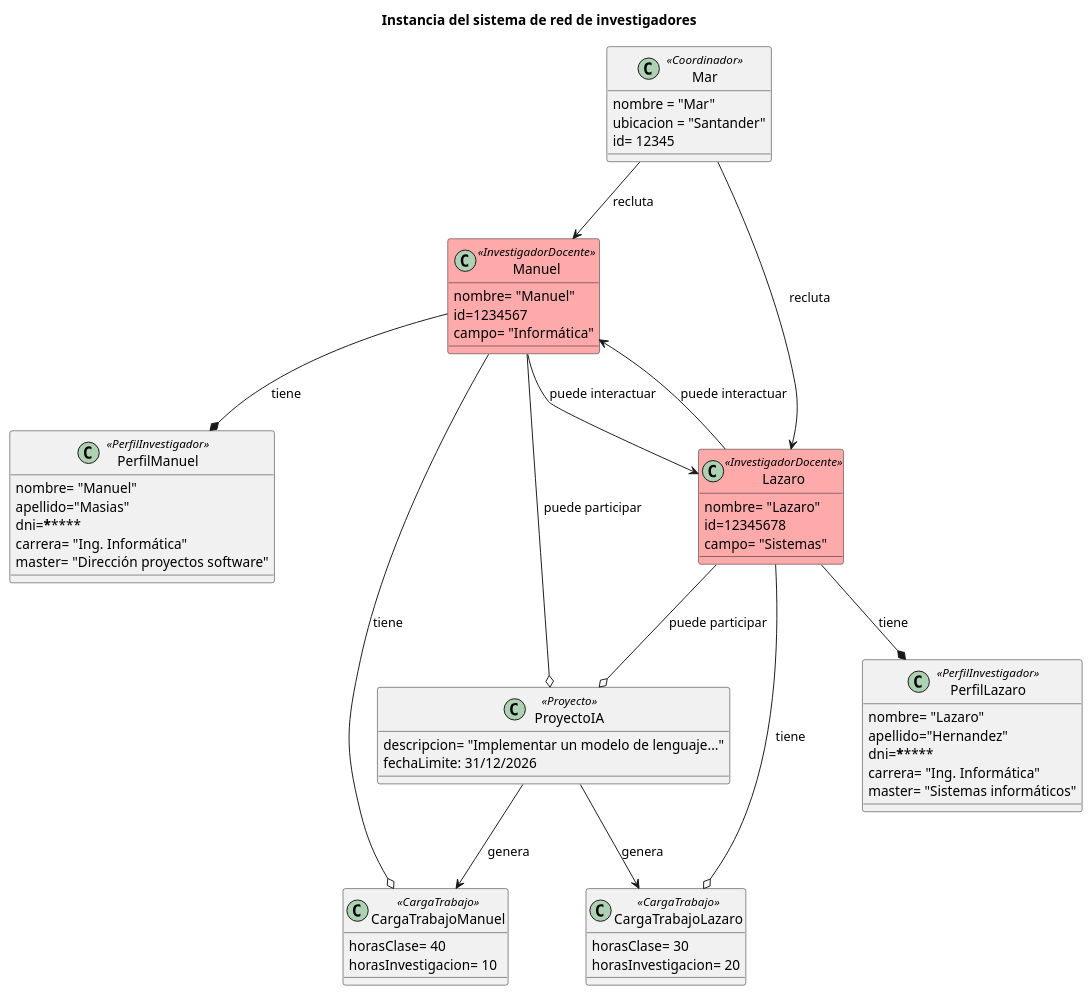
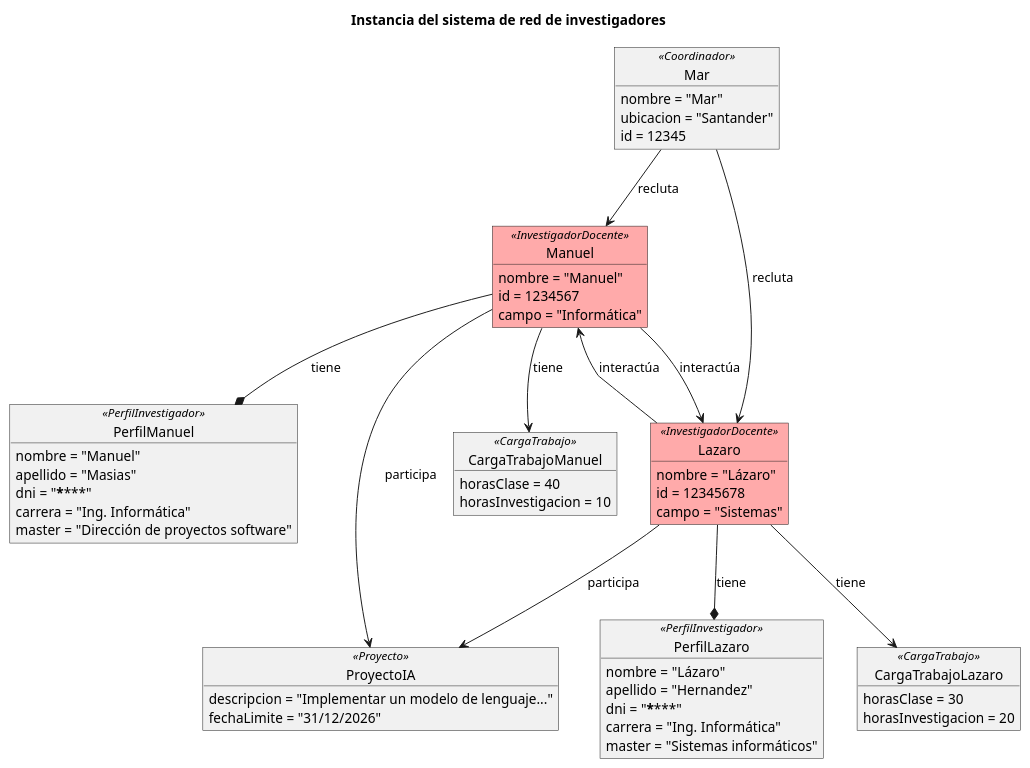
The diagram in documentación/ModeloDelDominio/Diagramas/Objetos/DiagramaObjetosInvestigador.puml (31Diego/25-26-IdSw1-SdR), drawn with PlantUML before and after one commit. The commit also changed 10 other files, not shown here.

Commit message:
corrección errores en las relaciones de los diagramas

```diff
--- a/documentación/ModeloDelDominio/Diagramas/Objetos/DiagramaObjetosInvestigador.puml
+++ b/documentación/ModeloDelDominio/Diagramas/Objetos/DiagramaObjetosInvestigador.puml
@@ -1,74 +1,71 @@
 @startuml
 
 title Instancia del sistema de red de investigadores
 
-
-class Mar <<Coordinador>>{
+object Mar <<Coordinador>> {
     nombre = "Mar"
     ubicacion = "Santander"
-    id= 12345
+    id = 12345
 }
 
-
-class Manuel <<InvestigadorDocente>> #FFAAAA{
-    nombre= "Manuel"
-    id=1234567
-    campo= "Informática"
+object Manuel <<InvestigadorDocente>> #FFAAAA {
+    nombre = "Manuel"
+    id = 1234567
+    campo = "Informática"
 }
 
-class PerfilManuel <<PerfilInvestigador>> {
-    nombre= "Manuel"
-    apellido="Masias"
-    dni=*********
-    carrera= "Ing. Informática"
-    master= "Dirección proyectos software"
+object PerfilManuel <<PerfilInvestigador>> {
+    nombre = "Manuel"
+    apellido = "Masias"
+    dni = "********"
+    carrera = "Ing. Informática"
+    master = "Dirección de proyectos software"
 }
 
-class CargaTrabajoManuel <<CargaTrabajo>>{
-    horasClase= 40
-    horasInvestigacion= 10
+object CargaTrabajoManuel <<CargaTrabajo>> {
+    horasClase = 40
+    horasInvestigacion = 10
 }
 
-
-class Lazaro <<InvestigadorDocente>> #FFAAAA{
-    nombre= "Lazaro"
-    id=12345678
-    campo= "Sistemas"
+object Lazaro <<InvestigadorDocente>> #FFAAAA {
+    nombre = "Lázaro"
+    id = 12345678
+    campo = "Sistemas"
 }
 
-class PerfilLazaro <<PerfilInvestigador>> {
-    nombre= "Lazaro"
-    apellido="Hernandez"
-    dni=*********
-    carrera= "Ing. Informática"
-    master= "Sistemas informáticos"
+object PerfilLazaro <<PerfilInvestigador>> {
+    nombre = "Lázaro"
+    apellido = "Hernandez"
+    dni = "********"
+    carrera = "Ing. Informática"
+    master = "Sistemas informáticos"
 }
 
-class CargaTrabajoLazaro <<CargaTrabajo>>{
-    horasClase= 30
-    horasInvestigacion= 20
+object CargaTrabajoLazaro <<CargaTrabajo>> {
+    horasClase = 30
+    horasInvestigacion = 20
 }
 
-class ProyectoIA <<Proyecto>> {
-
-    descripcion= "Implementar un modelo de lenguaje..."
-    fechaLimite: 31/12/2026
+object ProyectoIA <<Proyecto>> {
+    descripcion = "Implementar un modelo de lenguaje..."
+    fechaLimite = "31/12/2026"
 }
 
-Mar --> Manuel: recluta
-Mar --> Lazaro: recluta
+'--- Relaciones ---
 
+Mar --> Manuel : recluta
+Mar --> Lazaro : recluta
 
-Manuel --> Lazaro: puede interactuar
-Manuel --o ProyectoIA: puede participar
-ProyectoIA --> CargaTrabajoManuel: genera
-Manuel --* PerfilManuel: tiene
-Manuel --o CargaTrabajoManuel: tiene
+Manuel --> Lazaro : interactúa
+Lazaro --> Manuel : interactúa
 
-Lazaro --> Manuel: puede interactuar
-Lazaro --o ProyectoIA: puede participar
-Lazaro --o CargaTrabajoLazaro: tiene
-Lazaro --* PerfilLazaro: tiene
-ProyectoIA --> CargaTrabajoLazaro: genera
+Manuel --> ProyectoIA : participa
+Lazaro --> ProyectoIA : participa
+
+Manuel --* PerfilManuel : tiene
+Lazaro --* PerfilLazaro : tiene
+
+Manuel --> CargaTrabajoManuel : tiene
+Lazaro --> CargaTrabajoLazaro : tiene
 
 @enduml
```
